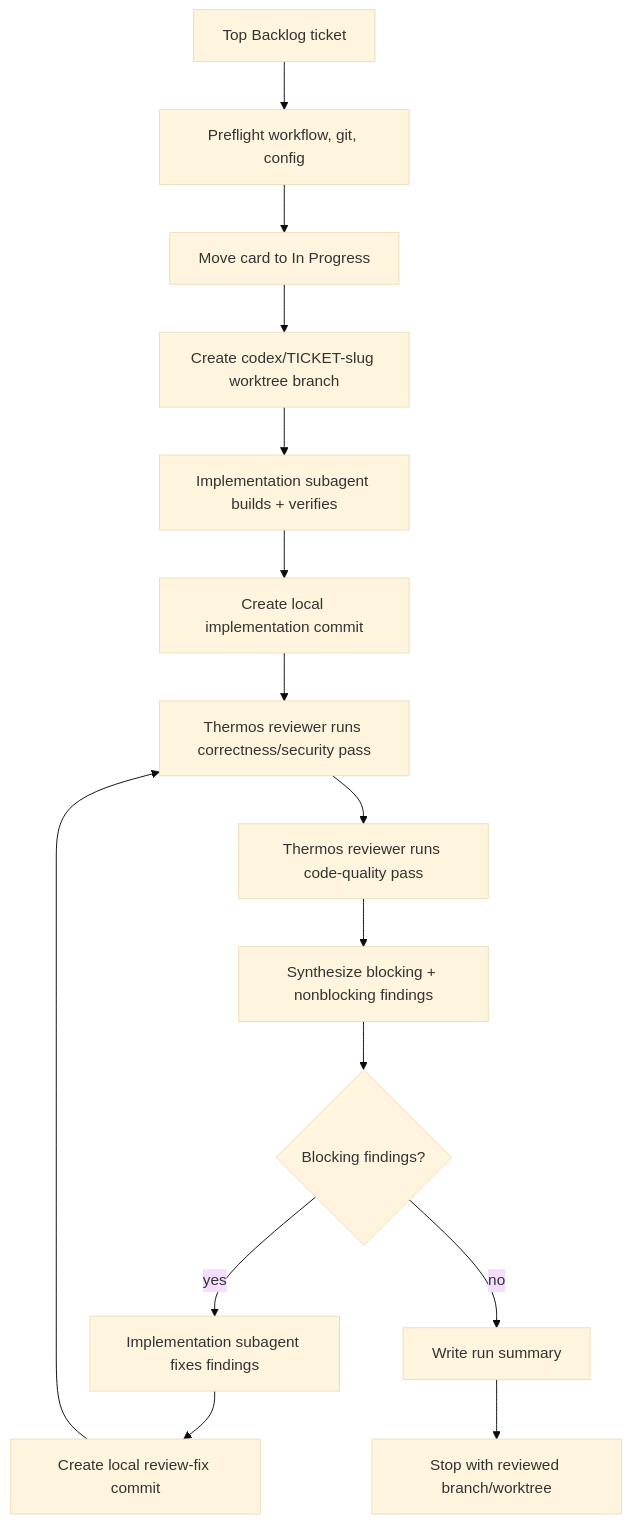
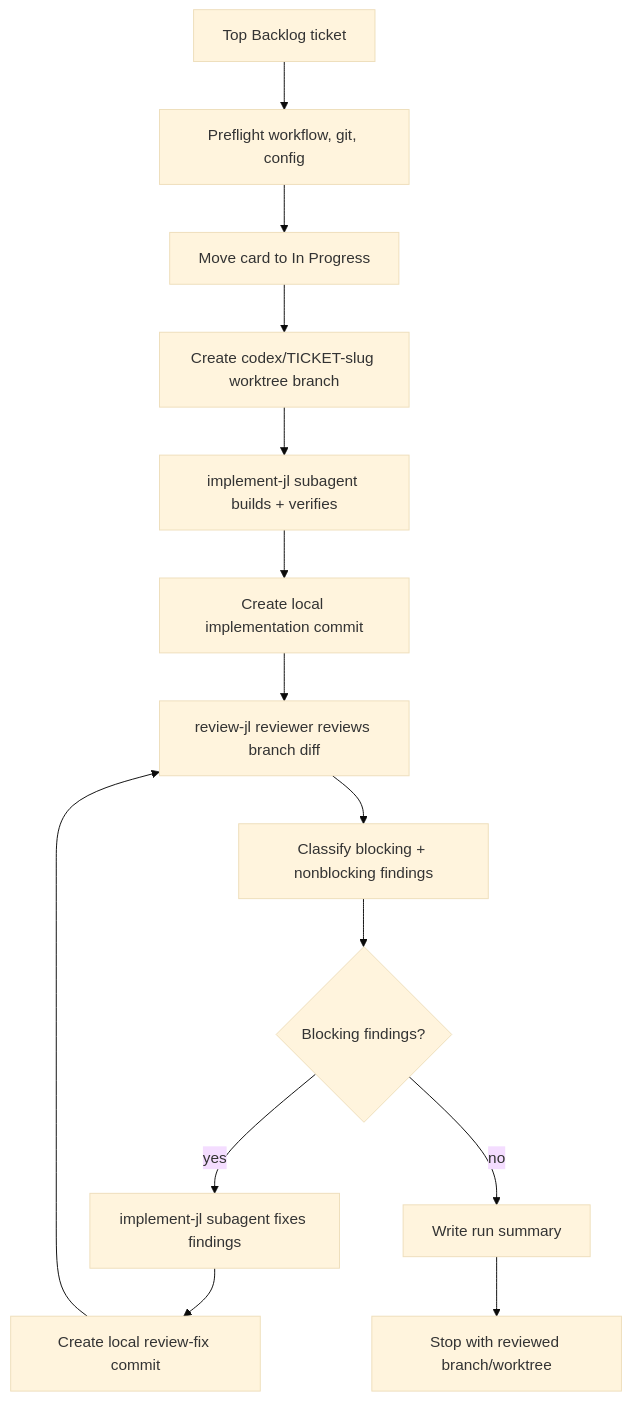
The diagram in loops/implement-then-review/loop.md (jonathanLindquist/jonathanLindquist-loops), drawn with Mermaid (base theme) before and after one commit. The commit also changed other lines of this file and 9 other files, not shown here.

````diff
--- a/loops/implement-then-review/loop.md
+++ b/loops/implement-then-review/loop.md
@@ -21,17 +22,16 @@
 ```mermaid
 flowchart TD
   A["Top Backlog ticket"] --> B["Preflight workflow, git, config"]
   B --> C["Move card to In Progress"]
   C --> D["Create codex/TICKET-slug worktree branch"]
-  D --> E["Implementation subagent builds + verifies"]
+  D --> E["implement-jl subagent builds + verifies"]
   E --> F["Create local implementation commit"]
-  F --> G["Thermos reviewer runs correctness/security pass"]
-  G --> H["Thermos reviewer runs code-quality pass"]
-  H --> I["Synthesize blocking + nonblocking findings"]
+  F --> G["review-jl reviewer reviews branch diff"]
+  G --> I["Classify blocking + nonblocking findings"]
   I --> J{"Blocking findings?"}
-  J -- yes --> K["Implementation subagent fixes findings"]
+  J -- yes --> K["implement-jl subagent fixes findings"]
   K --> L["Create local review-fix commit"]
   L --> G
   J -- no --> M["Write run summary"]
   M --> N["Stop with reviewed branch/worktree"]
 ```
````
